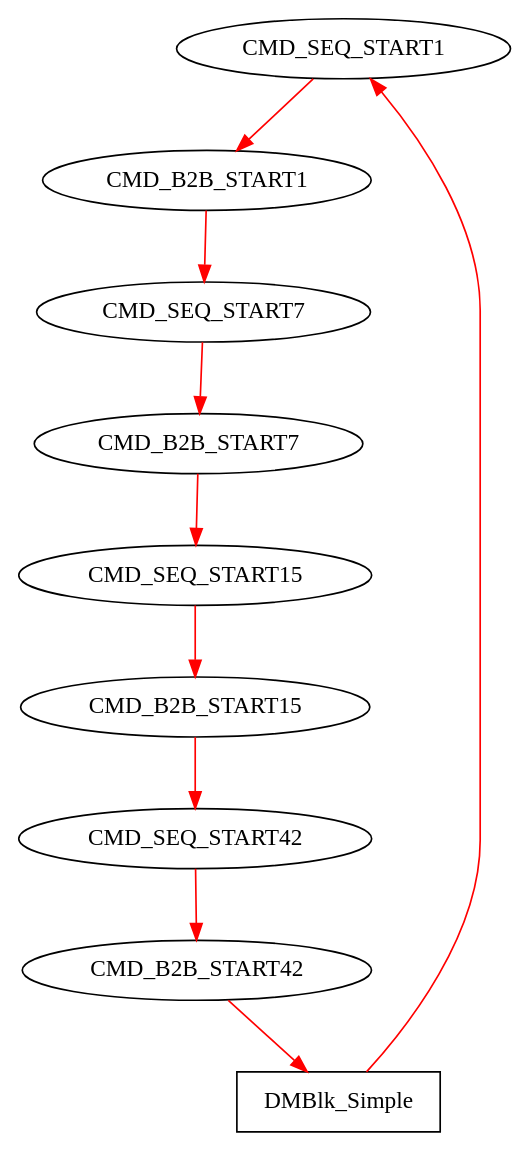
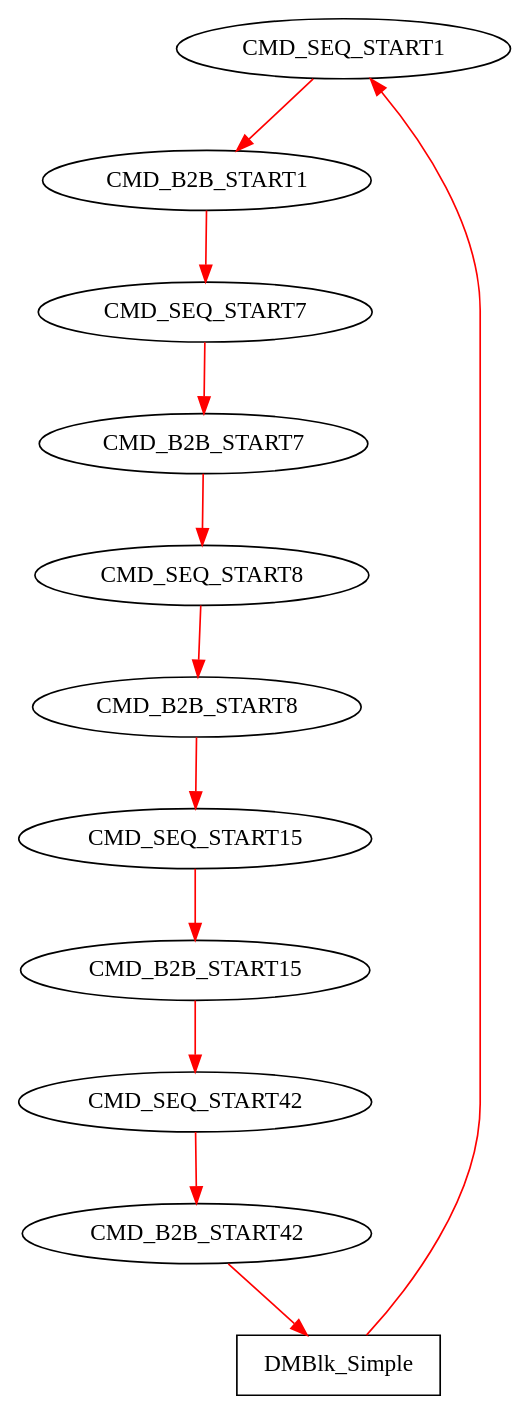
Before and after one commit to GSI-CS-CO/bel_projects: the diagram in modules/b2b/x86/b2b-test.dot, drawn with Graphviz. The commit also changed 5 other files, not shown here.

```diff
--- a/modules/b2b/x86/b2b-test.dot
+++ b/modules/b2b/x86/b2b-test.dot
@@ -1,21 +1,23 @@
 digraph g {
 name="testv1";
 
 graph [rankdir=TB, nodesep=0.6, mindist=0.6, ranksep=0.6, overlap=false]
 node  [type="tmsg",   shape="rectangle", style="filled", fillcolor="white", color="black", cpu="3"]
 edge  [type="defdst", color="red"]
 
 // events mit block
 CMD_SEQ_START1      [type="tmsg",      pattern="B2B_TEST", patentry="true",   toffs=          0, id="0x112c101000100001", par="0x123", shape="oval"];
 CMD_B2B_START1      [type="tmsg",      pattern="B2B_TEST",                    toffs=  100000000, id="0x112c031000100001", par="0x456", shape="oval"];
 CMD_SEQ_START7      [type="tmsg",      pattern="B2B_TEST",                    toffs=  200000000, id="0x112c101000700001", par="0x123", shape="oval"];
 CMD_B2B_START7      [type="tmsg",      pattern="B2B_TEST",                    toffs=  300000000, id="0x112c031000700001", par="0x456", shape="oval"];
-CMD_SEQ_START15     [type="tmsg",      pattern="B2B_TEST",                    toffs=  400000000, id="0x112c101000f00001", par="0x123", shape="oval"];
-CMD_B2B_START15     [type="tmsg",      pattern="B2B_TEST",                    toffs=  500000000, id="0x112c031000f00001", par="0x456", shape="oval"];
-CMD_SEQ_START42     [type="tmsg",      pattern="B2B_TEST",                    toffs=  600000000, id="0x112c101004200001", par="0x123", shape="oval"];
-CMD_B2B_START42     [type="tmsg",      pattern="B2B_TEST",                    toffs=  700000000, id="0x112c031004200001", par="0x456", shape="oval"];
+CMD_SEQ_START8      [type="tmsg",      pattern="B2B_TEST",                    toffs=  400000000, id="0x1154101000800001", par="0x123", shape="oval"];
+CMD_B2B_START8      [type="tmsg",      pattern="B2B_TEST",                    toffs=  500000000, id="0x1154045000800001", par="0x456", shape="oval"];
+CMD_SEQ_START15     [type="tmsg",      pattern="B2B_TEST",                    toffs=  700000000, id="0x112c101000f00001", par="0x123", shape="oval"];
+CMD_B2B_START15     [type="tmsg",      pattern="B2B_TEST",                    toffs=  800000000, id="0x112c031000f00001", par="0x456", shape="oval"];
+CMD_SEQ_START42     [type="tmsg",      pattern="B2B_TEST",                    toffs=  900000000, id="0x112c101004200001", par="0x123", shape="oval"];
+CMD_B2B_START42     [type="tmsg",      pattern="B2B_TEST",                    toffs= 1000000000, id="0x112c031004200001", par="0x456", shape="oval"];
 DMBlk_Simple        [type="block",     pattern="B2B_TEST", patexit="true",  tperiod= 1200000000];                                 
 
 // sequenz
-CMD_SEQ_START1 -> CMD_B2B_START1 -> CMD_SEQ_START7 -> CMD_B2B_START7 -> CMD_SEQ_START15 -> CMD_B2B_START15 -> CMD_SEQ_START42 -> CMD_B2B_START42 -> DMBlk_Simple -> CMD_SEQ_START1;
+CMD_SEQ_START1 -> CMD_B2B_START1 -> CMD_SEQ_START7 -> CMD_B2B_START7 -> CMD_SEQ_START8 -> CMD_B2B_START8 -> CMD_SEQ_START15 -> CMD_B2B_START15 -> CMD_SEQ_START42 -> CMD_B2B_START42 -> DMBlk_Simple -> CMD_SEQ_START1;
 }
```
